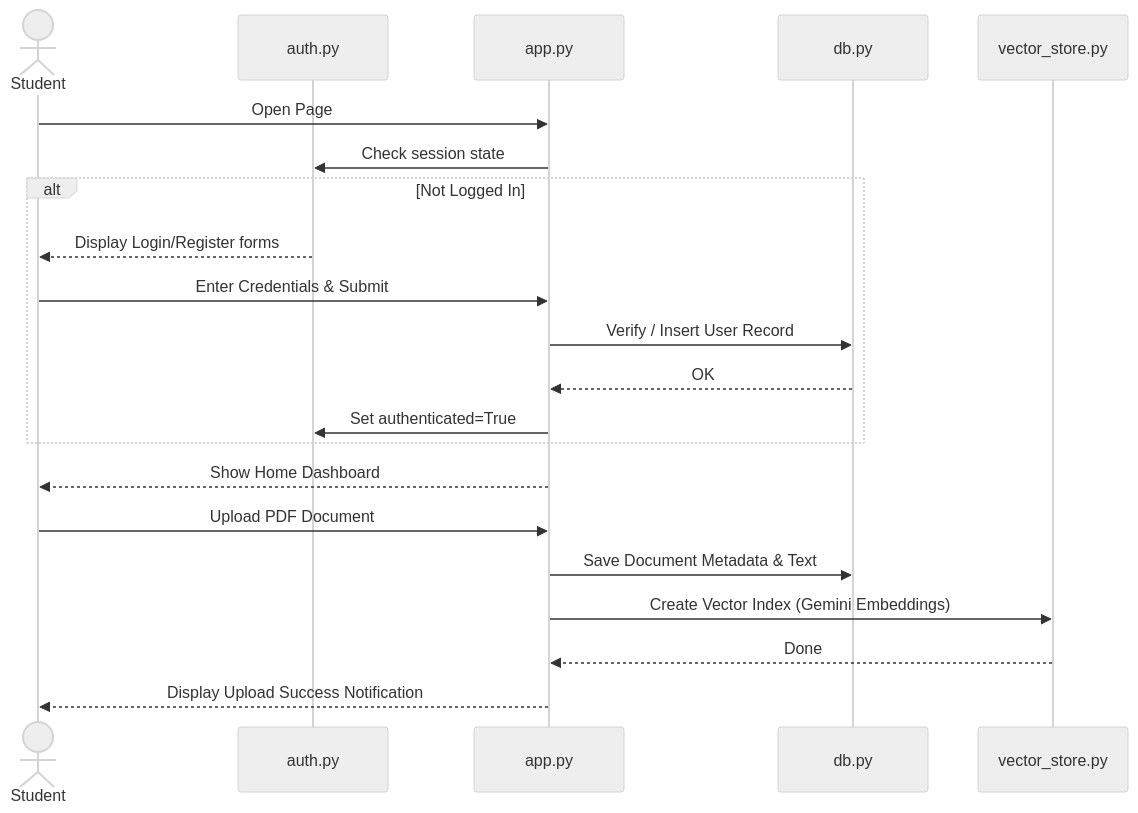
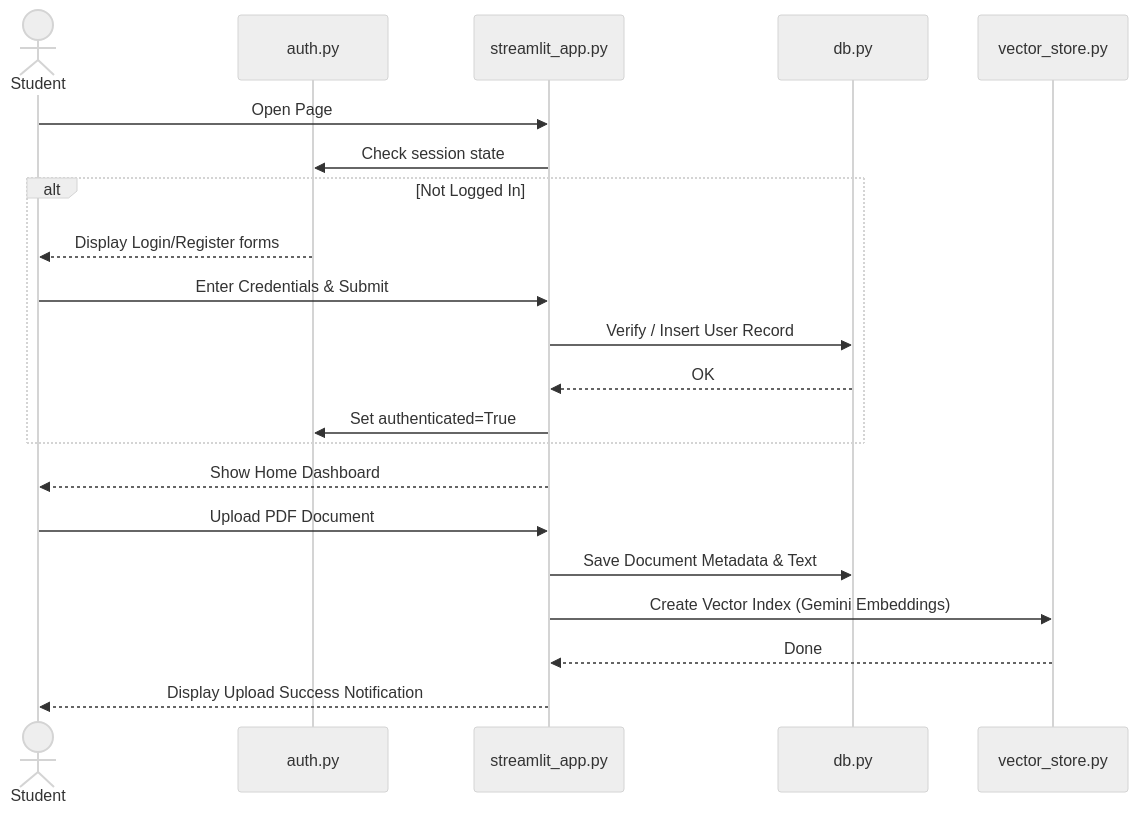
Before and after one commit to CodingManiaac/AI-Companion: the first of 2 diagrams in docs/workflow.md, drawn with Mermaid (neutral theme). The commit also changed 4 other files, not shown here.

````diff
--- a/docs/workflow.md
+++ b/docs/workflow.md
@@ -6,25 +6,25 @@
 ```mermaid
 sequenceDiagram
     actor Student
     participant Auth as auth.py
-    participant App as app.py
+    participant App as streamlit_app.py
     participant DB as db.py
     participant FAISS as vector_store.py
 
     Student->>App: Open Page
     App->>Auth: Check session state
     alt Not Logged In
         Auth-->>Student: Display Login/Register forms
         Student->>App: Enter Credentials & Submit
         App->>DB: Verify / Insert User Record
         DB-->>App: OK
         App->>Auth: Set authenticated=True
     end
     App-->>Student: Show Home Dashboard
 
     Student->>App: Upload PDF Document
     App->>DB: Save Document Metadata & Text
     App->>FAISS: Create Vector Index (Gemini Embeddings)
     FAISS-->>App: Done
     App-->>Student: Display Upload Success Notification
 ```
````
